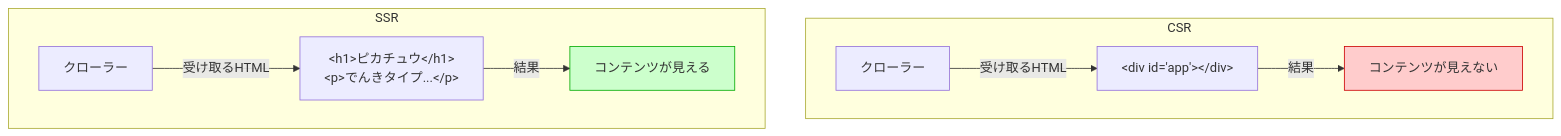
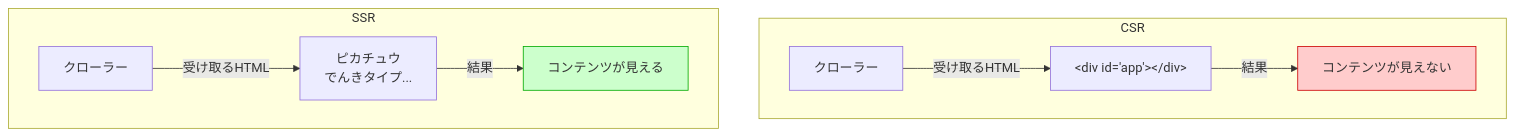
One commit to hrkd/web-frontend-workshop changed the eighth of 8 diagrams in vol_05/slides.md. Above: the diagram before and after it, drawn with Mermaid. The commit also changed other lines of this file, not shown here.

First line of the commit message:
fix: vol05スライドのMermaid構文エラーを修正

````diff
--- a/vol_05/slides.md
+++ b/vol_05/slides.md
@@ -422,14 +425,15 @@
 ```mermaid
 graph TD
     subgraph CSR
         C_Crawler[クローラー] -->|受け取るHTML| C_HTML["&lt;div id='app'&gt;&lt;/div&gt;"]
         C_HTML -->|結果| C_NG[コンテンツが見えない]
         style C_NG fill:#fcc,stroke:#c00
     end
 
     subgraph SSR
-        S_Crawler[クローラー] -->|受け取るHTML| S_HTML["&lt;h1&gt;ピカチュウ&lt;/h1&gt;<br>&lt;p&gt;でんきタイプ...&lt;/p&gt;"]
+        S_Crawler[クローラー] -->|受け取るHTML| S_HTML["ピカチュウ
+        でんきタイプ..."]
         S_HTML -->|結果| S_OK[コンテンツが見える]
         style S_OK fill:#cfc,stroke:#0a0
     end
 ```
````
